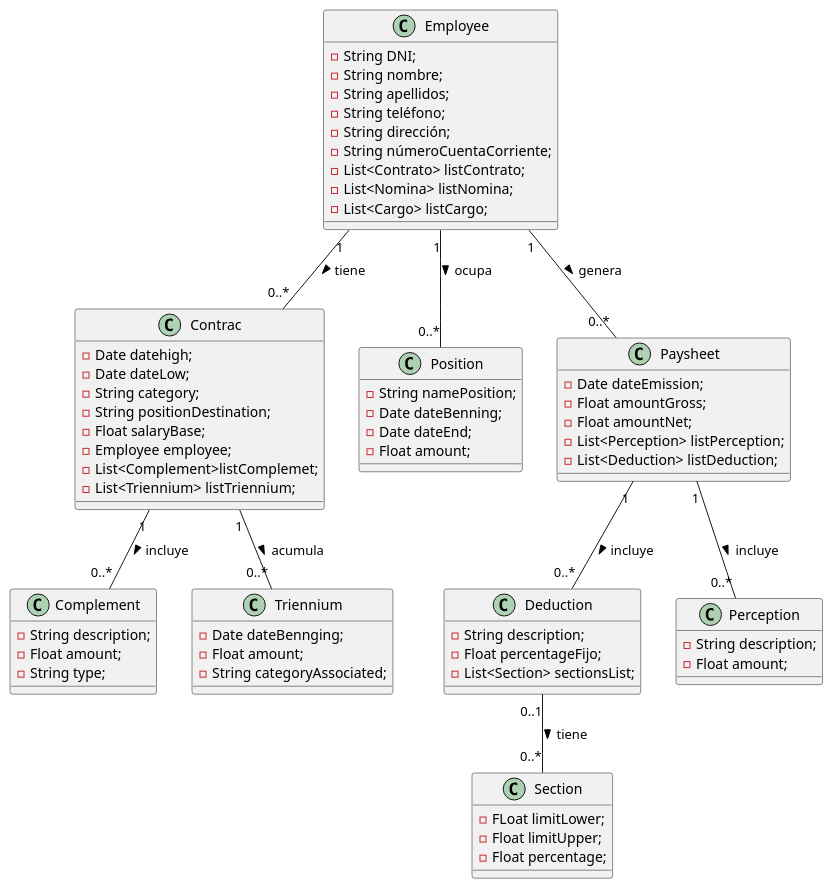
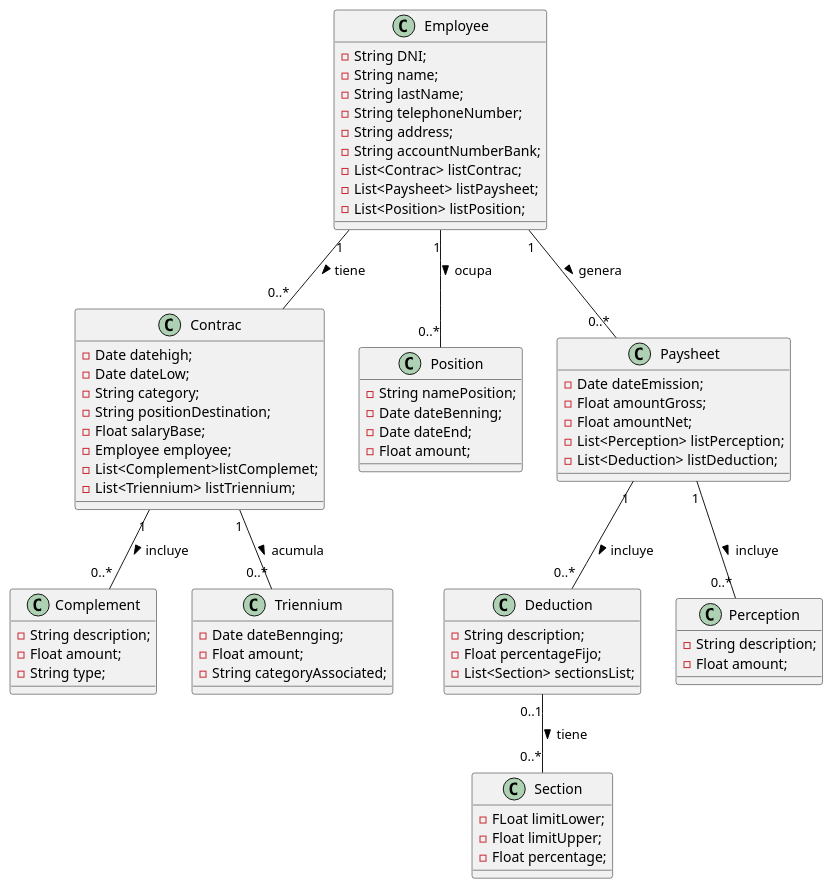
Before and after one commit to carlosescamilla90/SOPORTEGESNOMINA: the diagram in diagram.PlantUML, drawn with PlantUML.

```diff
--- a/diagram.PlantUML
+++ b/diagram.PlantUML
@@ -1,79 +1,79 @@
 @startuml "nomina"
 
 class Employee {
   -String DNI;
-  -String nombre;
-  -String apellidos;
-  -String teléfono;
-  -String dirección;
-  -String númeroCuentaCorriente;
-  -List<Contrato> listContrato;
-  -List<Nomina> listNomina;
-  -List<Cargo> listCargo;
+  -String name;
+  -String lastName;
+  -String telephoneNumber;
+  -String address;
+  -String accountNumberBank;
+  -List<Contrac> listContrac;
+  -List<Paysheet> listPaysheet;
+  -List<Position> listPosition;
 }
 
 class Contrac{
   -Date datehigh;
   -Date dateLow;
   -String category;
   -String positionDestination;
   -Float salaryBase;
   -Employee employee;
   -List<Complement>listComplemet;
   -List<Triennium> listTriennium;
 }
 
 class Complement{
     -String description;
     -Float amount;
     -String type;
 }
 
 class Triennium{
     -Date dateBennging;
     -Float amount;
     -String categoryAssociated;
 }
 
 class Position{
     -String namePosition;
     -Date dateBenning;
     -Date dateEnd;
     -Float amount;
 }
 
 class Deduction{
     -String description;
     -Float percentageFijo;
     -List<Section> sectionsList;
 }
 
 class Section{
     -FLoat limitLower;
     -Float limitUpper;
     -Float percentage;
 }
 
 class Paysheet{
     -Date dateEmission;
     -Float amountGross;
     -Float amountNet;
     -List<Perception> listPerception;
     -List<Deduction> listDeduction;
 }
 
 class Perception{
     -String description;
     -Float amount;
 }
 
 Employee "1" -- "0..*" Contrac : tiene >
 Employee "1" -- "0..*" Paysheet : genera >
 Contrac "1" -- "0..*" Complement : incluye >
 Contrac "1" -- "0..*" Triennium : acumula >
 Employee "1" -- "0..*" Position : ocupa >
 Paysheet "1" -- "0..*" Perception : incluye >
 Paysheet "1"  -- "0..*" Deduction : incluye >
 Deduction "0..1" -- "0..*" Section : tiene >
 
 @enduml
```
